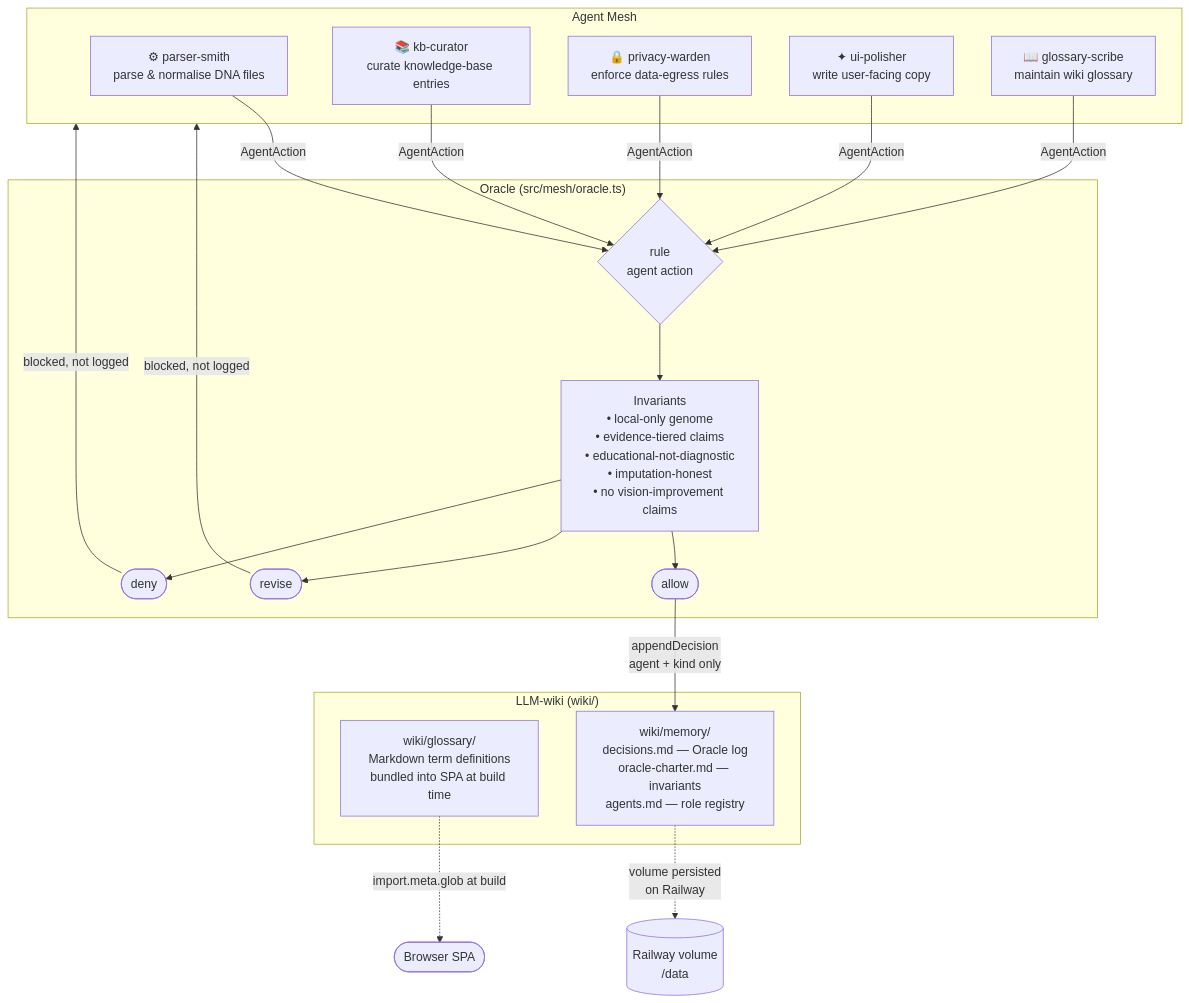
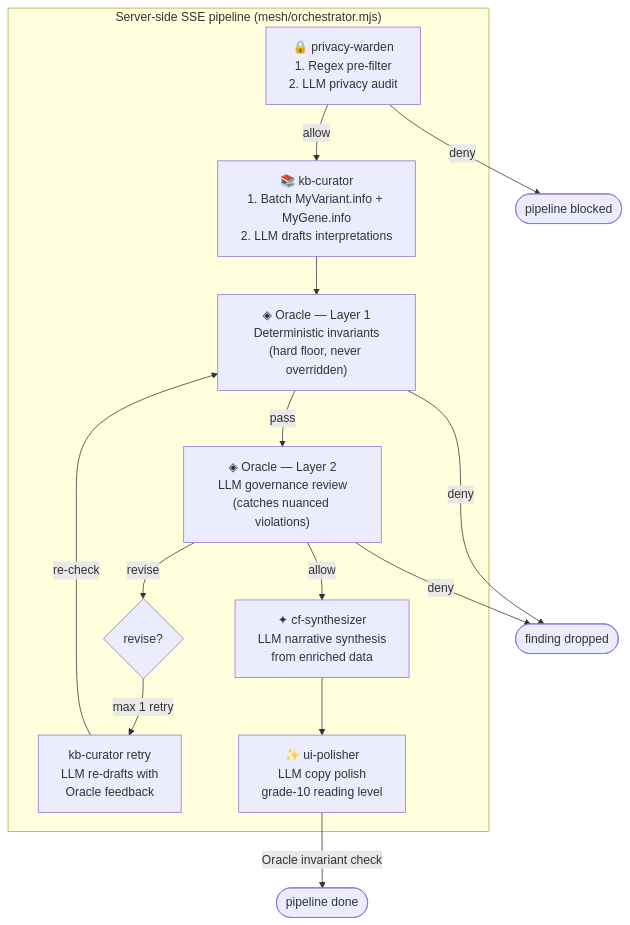
Before and after one commit to arananet/genome-lens: the second of 2 diagrams in README.md, drawn with Mermaid. The commit also changed other lines of this file, not shown here.

First line of the commit message:
docs: update README to reflect real LLM agent mesh architecture

````diff
--- a/README.md
+++ b/README.md
@@ -167,32 +183,26 @@
 ```mermaid
 flowchart TD
-    subgraph agents["Agent Mesh"]
-        PS[⚙ parser-smith\nparse & normalise DNA files]
-        KC[📚 kb-curator\ncurate knowledge-base entries]
-        PW[🔒 privacy-warden\nenforce data-egress rules]
-        UP[✦ ui-polisher\nwrite user-facing copy]
-        GS[📖 glossary-scribe\nmaintain wiki glossary]
+    subgraph pipeline["Server-side SSE pipeline (mesh/orchestrator.mjs)"]
+        PW["🔒 privacy-warden\n1. Regex pre-filter\n2. LLM privacy audit"]
+        KC["📚 kb-curator\n1. Batch MyVariant.info + MyGene.info\n2. LLM drafts interpretations"]
+        ORC_REG["◈ Oracle — Layer 1\nDeterministic invariants\n(hard floor, never overridden)"]
+        ORC_LLM["◈ Oracle — Layer 2\nLLM governance review\n(catches nuanced violations)"]
+        REVISE{"revise?"}
+        KC_RETRY["kb-curator retry\nLLM re-drafts with\nOracle feedback"]
+        CF["✦ cf-synthesizer\nLLM narrative synthesis\nfrom enriched data"]
+        UP["✨ ui-polisher\nLLM copy polish\ngrade-10 reading level"]
     end
 
-    subgraph oracle["Oracle (src/mesh/oracle.ts)"]
-        INV["Invariants\n• local-only genome\n• evidence-tiered claims\n• educational-not-diagnostic\n• imputation-honest\n• no vision-improvement claims"]
-        RULE{rule\nagent action}
-        ALLOW([allow])
-        REVISE([revise])
-        DENY([deny])
-    end
-
-    subgraph wiki["LLM-wiki (wiki/)"]
-        GLOSSARY[wiki/glossary/\nMarkdown term definitions\nbundled into SPA at build time]
-        MEMORY[wiki/memory/\ndecisions.md — Oracle log\noracle-charter.md — invariants\nagents.md — role registry]
-    end
-
-    PS & KC & PW & UP & GS -->|AgentAction| RULE
-    RULE --> INV
-    INV --> ALLOW & REVISE & DENY
-    ALLOW -->|appendDecision\nagent + kind only| MEMORY
-    DENY & REVISE -->|blocked, not logged| agents
-
-    GLOSSARY -.->|import.meta.glob at build| SPA([Browser SPA])
-    MEMORY -.->|volume persisted\non Railway| VOL[(Railway volume\n/data)]
+    PW -->|allow| KC
+    PW -->|deny| BLOCK([pipeline blocked])
+    KC --> ORC_REG
+    ORC_REG -->|deny| DROP([finding dropped])
+    ORC_REG -->|pass| ORC_LLM
+    ORC_LLM -->|allow| CF
+    ORC_LLM -->|deny| DROP
+    ORC_LLM -->|revise| REVISE
+    REVISE -->|max 1 retry| KC_RETRY
+    KC_RETRY -->|re-check| ORC_REG
+    CF --> UP
+    UP -->|Oracle invariant check| DONE([pipeline done])
 ```
````
